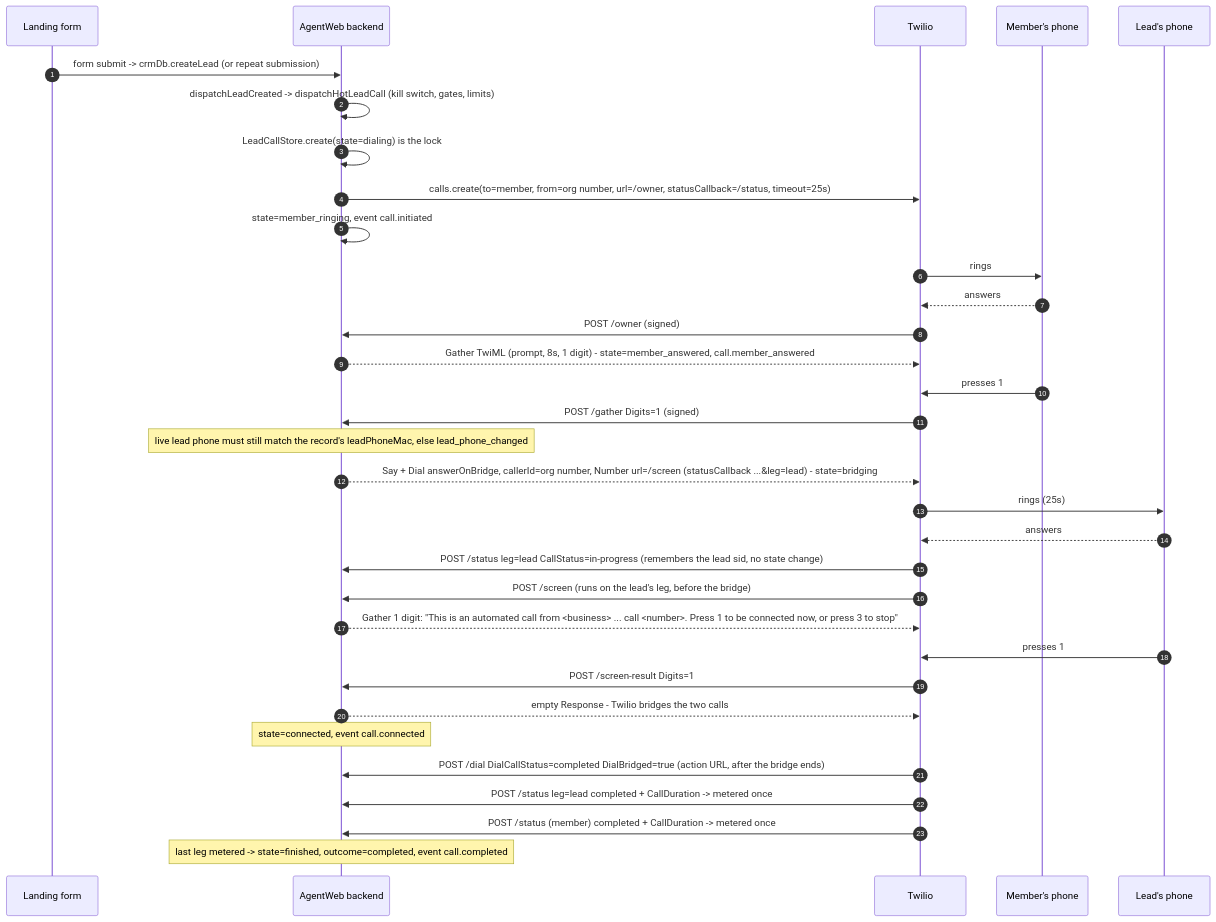
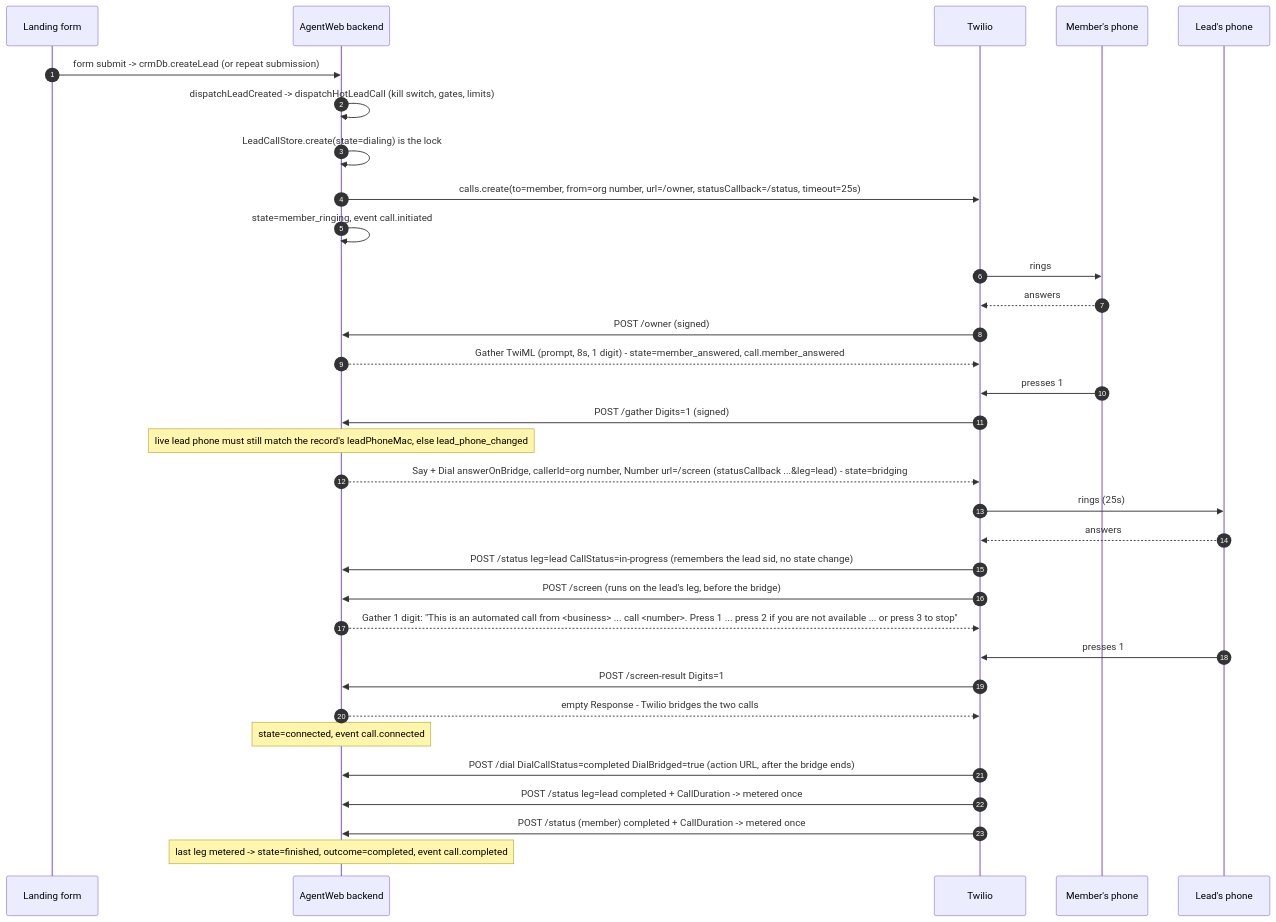
One commit to kvnloo/agentweb-backup changed the first of 2 diagrams in backend/docs/integrations/hot-lead-call.md. Above: the diagram before and after it, drawn with Mermaid. The commit also changed other lines of this file and 1 other file, not shown here.

Commit message:
ENG-2783: docs and fragment for the press-2 retry

````diff
--- a/backend/docs/integrations/hot-lead-call.md
+++ b/backend/docs/integrations/hot-lead-call.md
@@ -46,36 +46,36 @@
 ```mermaid
 sequenceDiagram
   autonumber
   participant Lead as Landing form
   participant App as AgentWeb backend
   participant Tw as Twilio
   participant Member as Member's phone
   participant LeadPhone as Lead's phone
 
   Lead->>App: form submit -> crmDb.createLead (or repeat submission)
   App->>App: dispatchLeadCreated -> dispatchHotLeadCall (kill switch, gates, limits)
   App->>App: LeadCallStore.create(state=dialing) is the lock
   App->>Tw: calls.create(to=member, from=org number, url=/owner, statusCallback=/status, timeout=25s)
   App->>App: state=member_ringing, event call.initiated
   Tw->>Member: rings
   Member-->>Tw: answers
   Tw->>App: POST /owner (signed)
   App-->>Tw: Gather TwiML (prompt, 8s, 1 digit) - state=member_answered, call.member_answered
   Member->>Tw: presses 1
   Tw->>App: POST /gather Digits=1 (signed)
   Note over App: live lead phone must still match the record's leadPhoneMac, else lead_phone_changed
   App-->>Tw: Say + Dial answerOnBridge, callerId=org number, Number url=/screen (statusCallback ...&leg=lead) - state=bridging
   Tw->>LeadPhone: rings (25s)
   LeadPhone-->>Tw: answers
   Tw->>App: POST /status leg=lead CallStatus=in-progress (remembers the lead sid, no state change)
   Tw->>App: POST /screen (runs on the lead's leg, before the bridge)
-  App-->>Tw: Gather 1 digit: "This is an automated call from <business> ... call <number>. Press 1 to be connected now, or press 3 to stop"
+  App-->>Tw: Gather 1 digit: "This is an automated call from <business> ... call <number>. Press 1 ... press 2 if you are not available ... or press 3 to stop"
   LeadPhone->>Tw: presses 1
   Tw->>App: POST /screen-result Digits=1
   App-->>Tw: empty Response - Twilio bridges the two calls
   Note over App: state=connected, event call.connected
   Tw->>App: POST /dial DialCallStatus=completed DialBridged=true (action URL, after the bridge ends)
   Tw->>App: POST /status leg=lead completed + CallDuration  -> metered once
   Tw->>App: POST /status (member) completed + CallDuration   -> metered once
   Note over App: last leg metered -> state=finished, outcome=completed, event call.completed
 ```
````
